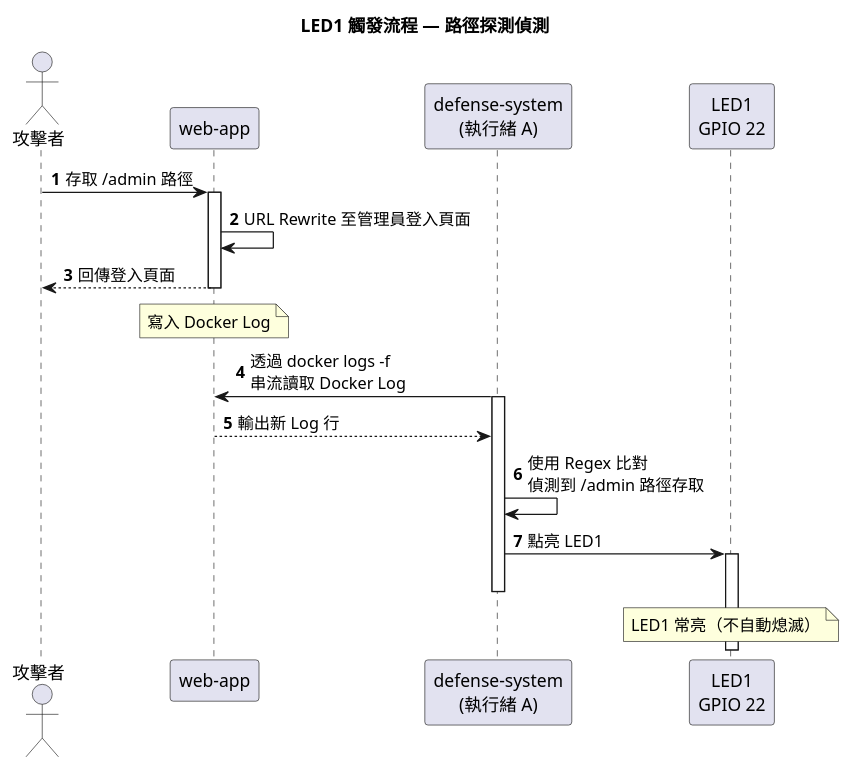
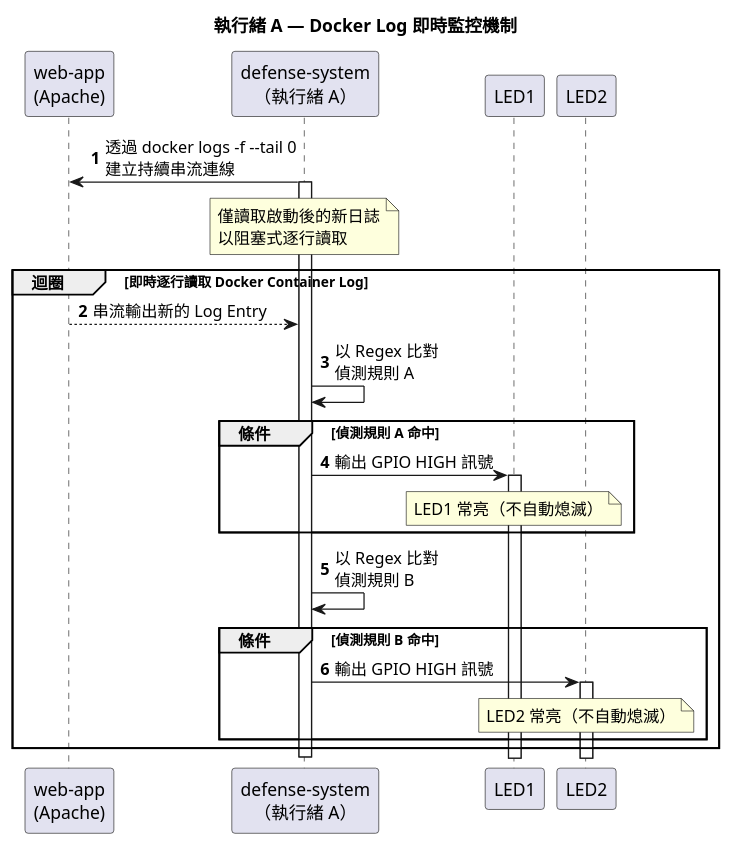
Before and after one commit to zyyuy0u/Physic-Flag-CTF: the second of 3 diagrams in docs/sequence-diagrams.puml, drawn with PlantUML. The commit also changed other lines of this file and 5 other files, not shown here.

```diff
--- a/docs/sequence-diagrams.puml
+++ b/docs/sequence-diagrams.puml
@@ -56,31 +63,40 @@
-@startuml 02_led1_admin_probe
-title LED1 觸發流程 — 路徑探測偵測
+@startuml 02_thread_a_docker_log_monitor
+title 執行緒 A — Docker Log 即時監控機制
 
-actor "攻擊者" as Attacker
-participant "web-app" as Web
-participant "defense-system\n(執行緒 A)" as ThreadA
-participant "LED1\nGPIO 22" as LED1
+participant "web-app\n(Apache)" as Web
+participant "defense-system\n（執行緒 A）" as ThreadA
+participant "LED1" as LED1
+participant "LED2" as LED2
 
 autonumber
 
-Attacker -> Web: 存取 /admin 路徑
-activate Web
-Web -> Web: URL Rewrite 至管理員登入頁面
-Web --> Attacker: 回傳登入頁面
-deactivate Web
+ThreadA -> Web: 透過 docker logs -f --tail 0\n建立持續串流連線
+activate ThreadA
 
-note over Web: 寫入 Docker Log
+note over ThreadA: 僅讀取啟動後的新日誌\n以阻塞式逐行讀取
 
-ThreadA -> Web: 透過 docker logs -f\n串流讀取 Docker Log
-activate ThreadA
-Web --> ThreadA: 輸出新 Log 行
+group 迴圈 [即時逐行讀取 Docker Container Log]
 
-ThreadA -> ThreadA: 使用 Regex 比對\n偵測到 /admin 路徑存取
+  Web --> ThreadA: 串流輸出新的 Log Entry
 
-ThreadA -> LED1: 點亮 LED1
-activate LED1
-note over LED1: LED1 常亮（不自動熄滅）
+  ThreadA -> ThreadA: 以 Regex 比對\n偵測規則 A
+
+  group 條件 [偵測規則 A 命中]
+    ThreadA -> LED1: 輸出 GPIO HIGH 訊號
+    activate LED1
+    note over LED1: LED1 常亮（不自動熄滅）
+  end
+
+  ThreadA -> ThreadA: 以 Regex 比對\n偵測規則 B
+
+  group 條件 [偵測規則 B 命中]
+    ThreadA -> LED2: 輸出 GPIO HIGH 訊號
+    activate LED2
+    note over LED2: LED2 常亮（不自動熄滅）
+  end
+
+end
 
 deactivate ThreadA
 
 @enduml
```
